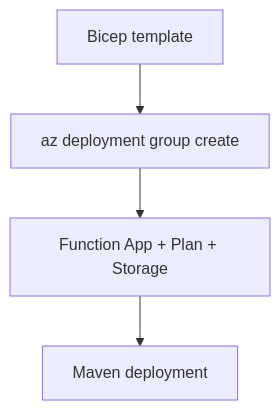
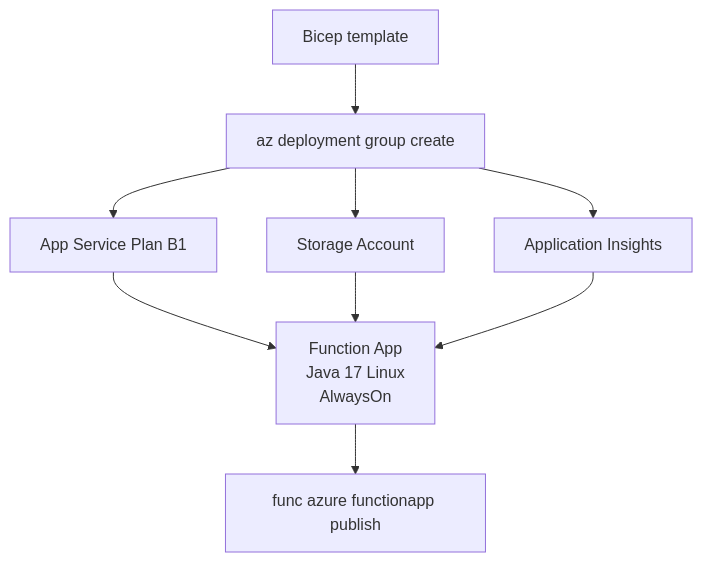
The diagram in docs/language-guides/java/tutorial/dedicated/05-infrastructure-as-code.md (yeongseon/azure-functions-practical-guide), drawn with Mermaid before and after one commit. The commit also changed other lines of this file and 7 other files, not shown here.

Commit message:
docs: validate and fix Java Dedicated tutorials 01-07 against live deployment

````diff
--- a/docs/language-guides/java/tutorial/dedicated/05-infrastructure-as-code.md
+++ b/docs/language-guides/java/tutorial/dedicated/05-infrastructure-as-code.md
@@ -17,6 +35,11 @@
 ```mermaid
 flowchart TD
     A[Bicep template] --> B[az deployment group create]
-    B --> C[Function App + Plan + Storage]
-    C --> D[Maven deployment]
+    B --> C[App Service Plan B1]
+    B --> D[Storage Account]
+    B --> E[Application Insights]
+    C --> F["Function App\nJava 17 Linux\nAlwaysOn"]
+    D --> F
+    E --> F
+    F --> G["func azure functionapp publish"]
 ```
````
